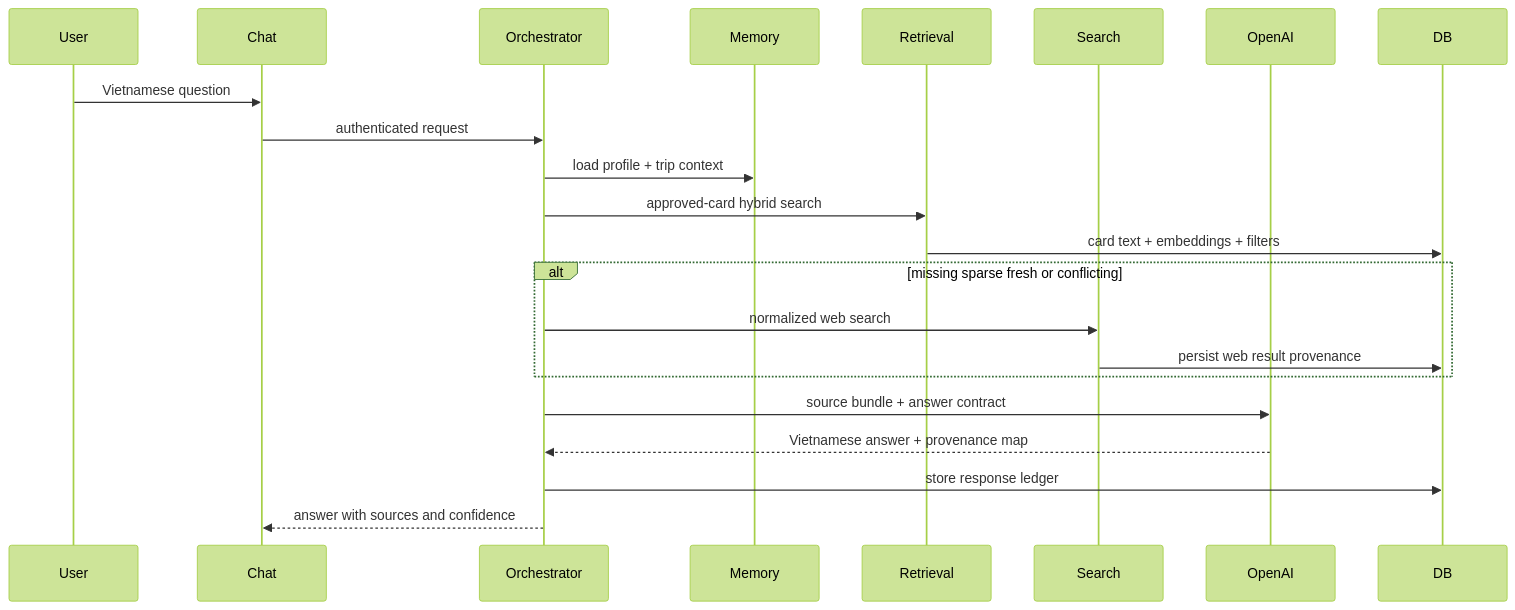
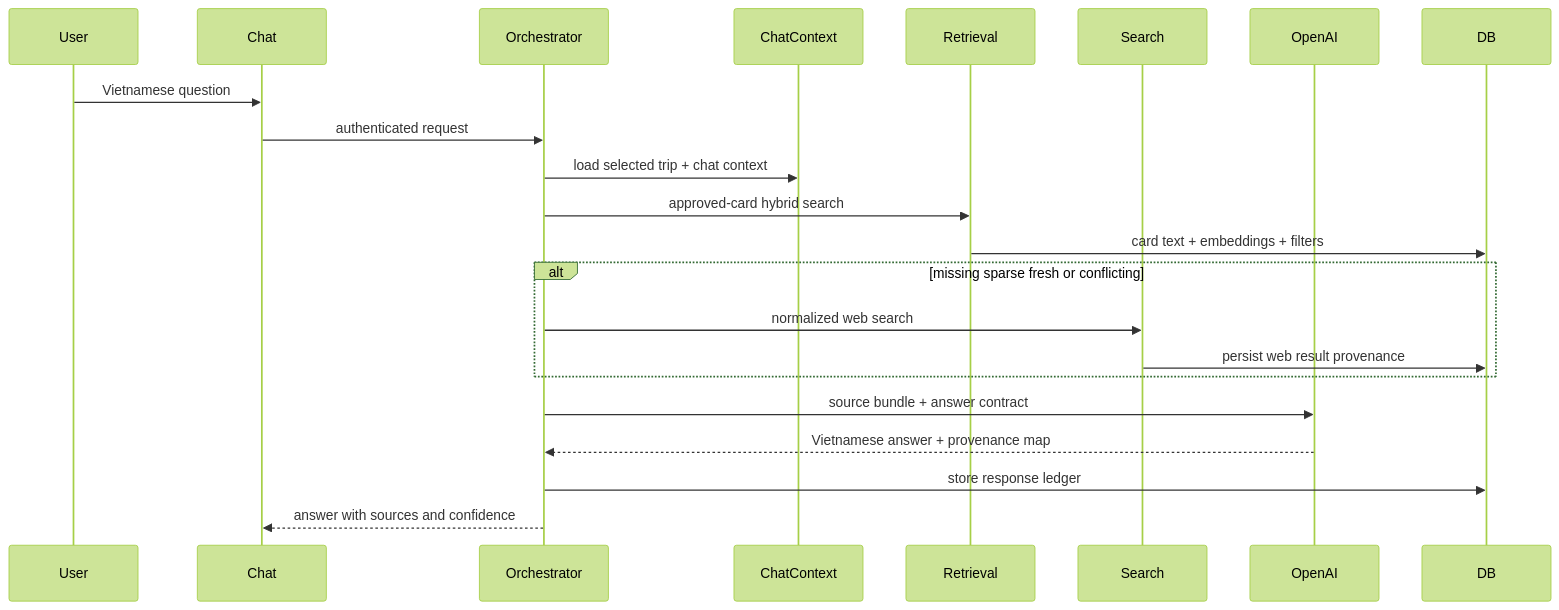
Before and after one commit to tonytippi/xuyenviet: the third of 3 diagrams in _bmad-output/planning-artifacts/architecture/architecture-xuyenviet-2026-07-04/ARCHITECTURE-SPINE.md, drawn with Mermaid (forest theme). The commit also changed other lines of this file and 5 other files, not shown here.

````diff
--- a/_bmad-output/planning-artifacts/architecture/architecture-xuyenviet-2026-07-04/ARCHITECTURE-SPINE.md
+++ b/_bmad-output/planning-artifacts/architecture/architecture-xuyenviet-2026-07-04/ARCHITECTURE-SPINE.md
@@ -143,24 +149,24 @@
 ```mermaid
 sequenceDiagram
   participant User
   participant Chat
   participant Orchestrator
-  participant Memory
+  participant ChatContext
   participant Retrieval
   participant Search
   participant OpenAI
   participant DB
   User->>Chat: Vietnamese question
   Chat->>Orchestrator: authenticated request
-  Orchestrator->>Memory: load profile + trip context
+  Orchestrator->>ChatContext: load selected trip + chat context
   Orchestrator->>Retrieval: approved-card hybrid search
   Retrieval->>DB: card text + embeddings + filters
   alt missing sparse fresh or conflicting
     Orchestrator->>Search: normalized web search
     Search->>DB: persist web result provenance
   end
   Orchestrator->>OpenAI: source bundle + answer contract
   OpenAI-->>Orchestrator: Vietnamese answer + provenance map
   Orchestrator->>DB: store response ledger
   Orchestrator-->>Chat: answer with sources and confidence
 ```
````
